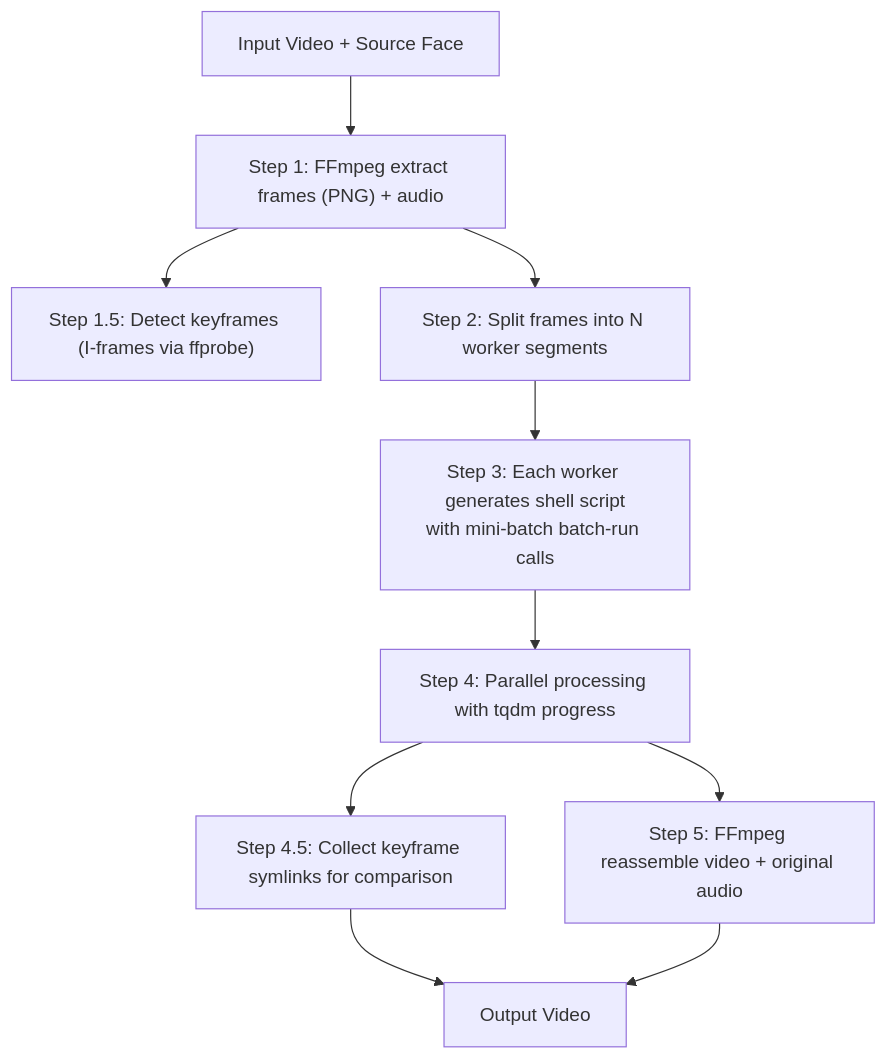
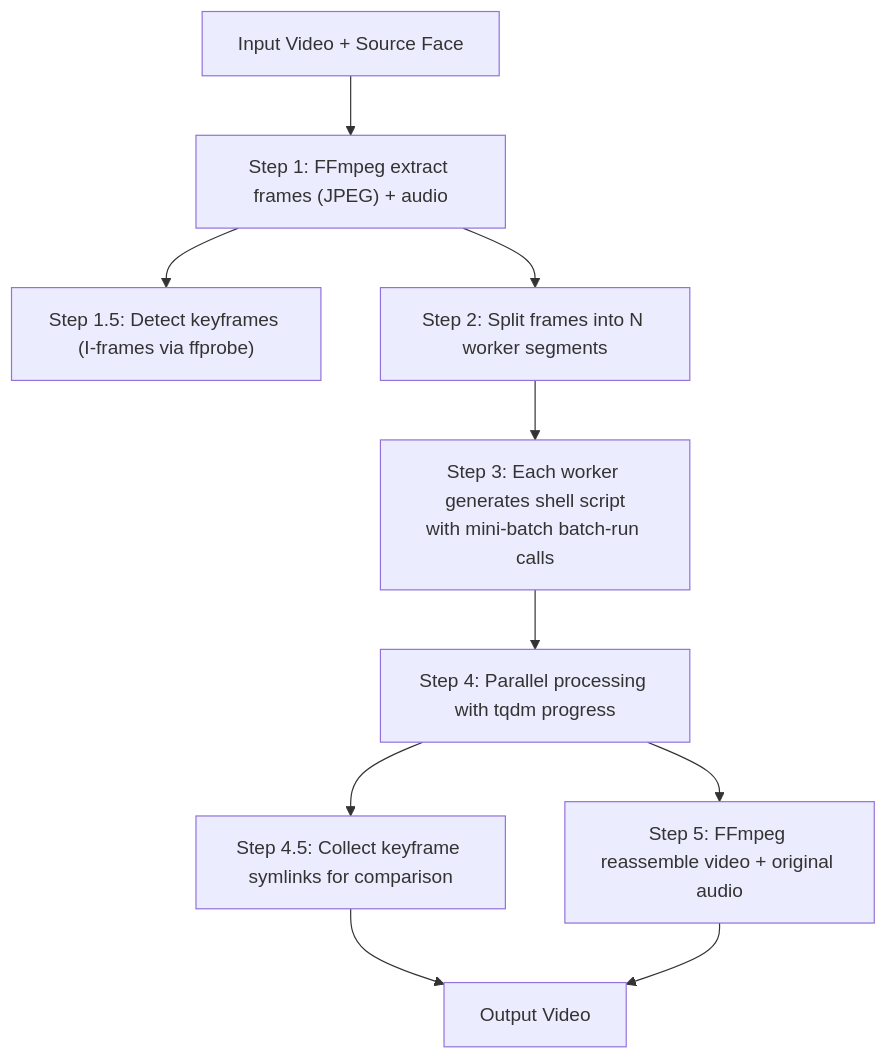
One commit to Kirhhoff/facefusion changed the diagram in VIDEO_FACE_SWAP_GUIDE.md. Above: the diagram before and after it, drawn with Mermaid. The commit also changed other lines of this file and 1 other file, not shown here.

````diff
--- a/VIDEO_FACE_SWAP_GUIDE.md
+++ b/VIDEO_FACE_SWAP_GUIDE.md
@@ -24,12 +24,12 @@
 ```mermaid
 graph TD
-    A[Input Video + Source Face] --> B["Step 1: FFmpeg extract frames (PNG) + audio"]
+    A[Input Video + Source Face] --> B["Step 1: FFmpeg extract frames (JPEG) + audio"]
     B --> C["Step 1.5: Detect keyframes (I-frames via ffprobe)"]
     B --> D["Step 2: Split frames into N worker segments"]
     D --> E["Step 3: Each worker generates shell script<br/>with mini-batch batch-run calls"]
     E --> F["Step 4: Parallel processing with tqdm progress"]
     F --> G["Step 4.5: Collect keyframe symlinks for comparison"]
     F --> H["Step 5: FFmpeg reassemble video + original audio"]
     G --> I[Output Video]
     H --> I
 ```
````
